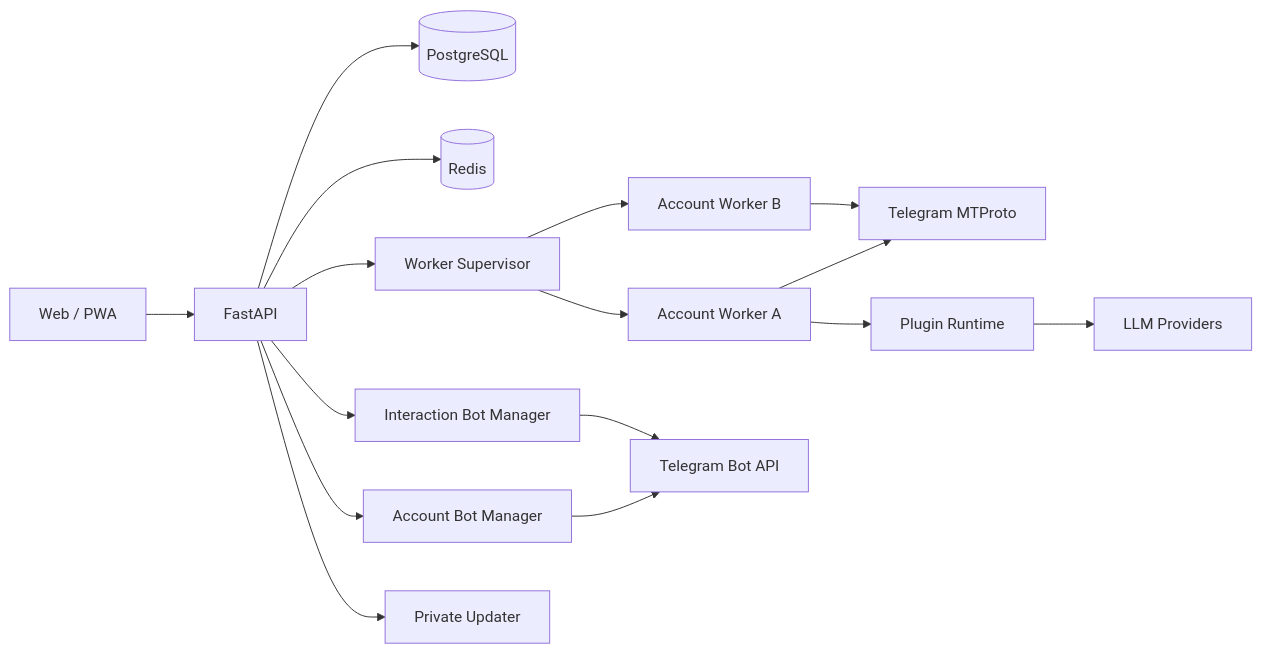
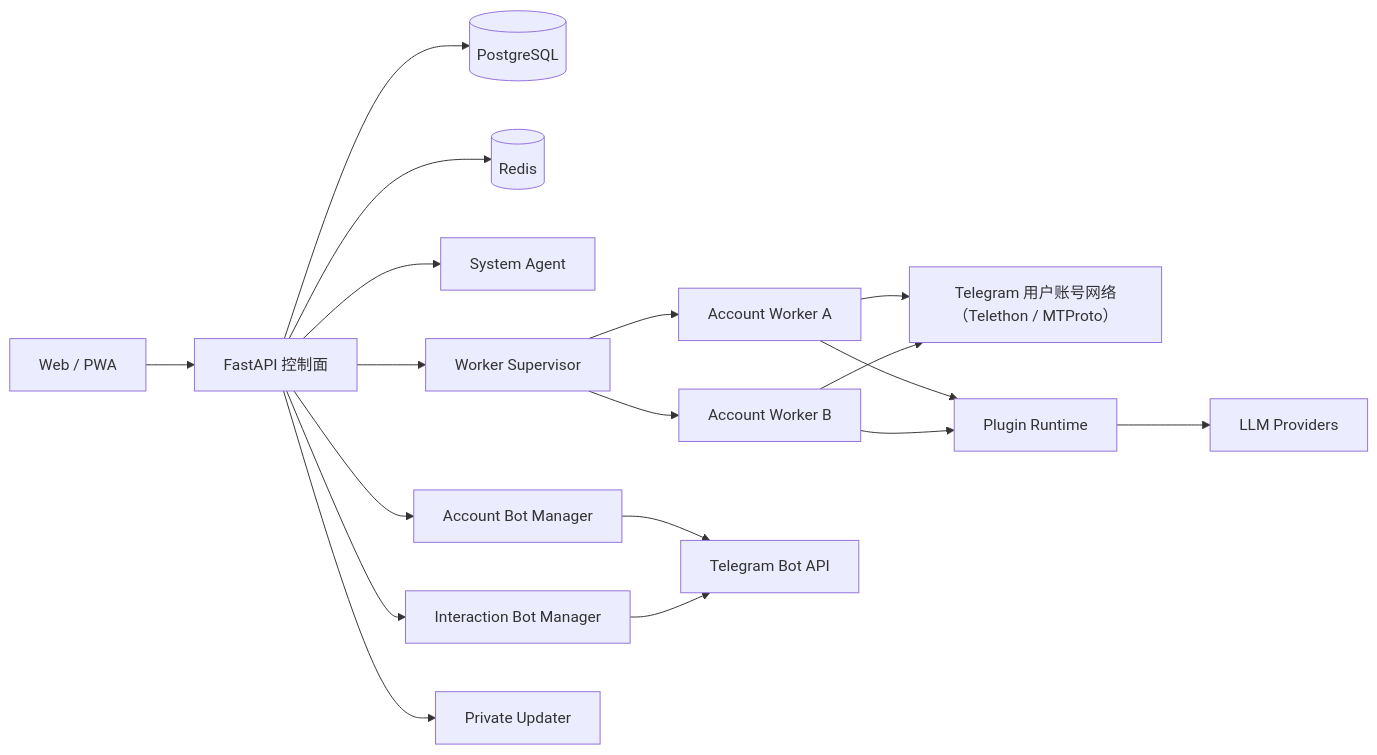
Before and after one commit to Anoyou/telebot: the diagram in README.md, drawn with Mermaid. The commit also changed other lines of this file and 58 other files, not shown here.

````diff
--- a/README.md
+++ b/README.md
@@ -66,18 +74,20 @@
 ```mermaid
 flowchart LR
-  UI["Web / PWA"] --> API["FastAPI"]
+  UI["Web / PWA"] --> API["FastAPI 控制面"]
   API --> PG[("PostgreSQL")]
   API --> Redis[("Redis")]
+  API --> Agent["System Agent"]
   API --> Supervisor["Worker Supervisor"]
   Supervisor --> W1["Account Worker A"]
   Supervisor --> W2["Account Worker B"]
-  W1 --> TG["Telegram MTProto"]
+  W1 --> TG["Telegram 用户账号网络（Telethon / MTProto）"]
   W2 --> TG
   W1 --> Plugins["Plugin Runtime"]
+  W2 --> Plugins
   Plugins --> LLM["LLM Providers"]
   API --> AccountBot["Account Bot Manager"]
   API --> InteractionBot["Interaction Bot Manager"]
   AccountBot --> BotAPI["Telegram Bot API"]
   InteractionBot --> BotAPI
   API --> Updater["Private Updater"]
 ```
````
